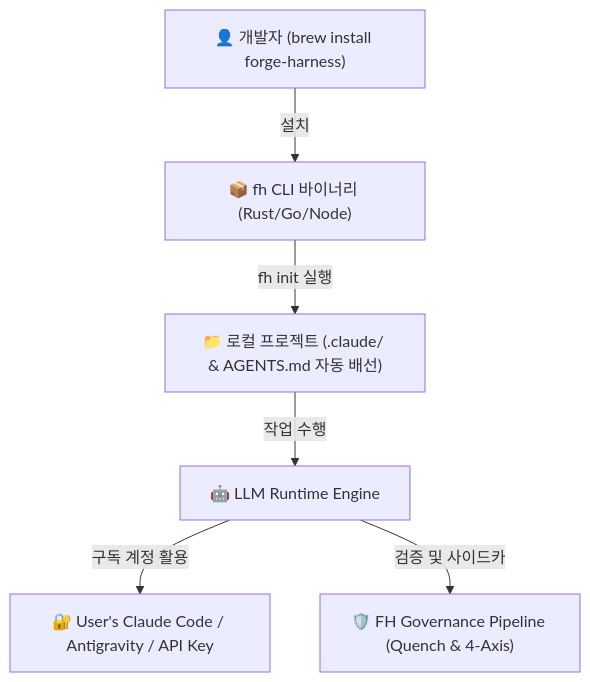
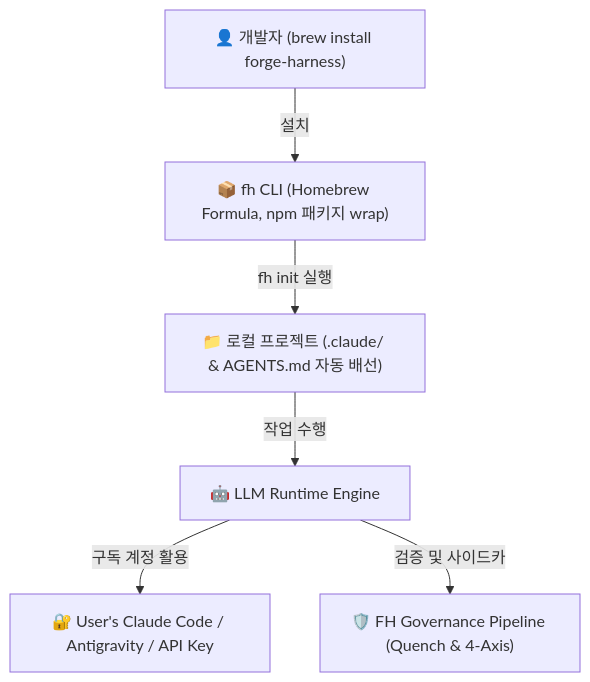
Before and after one commit to chrono-code/forge-harness: the diagram in knowledge/shared/harness-core/fh_global_positioning_and_distribution_roadmap.md, drawn with Mermaid. The commit also changed other lines of this file, not shown here.

````diff
--- a/knowledge/shared/harness-core/fh_global_positioning_and_distribution_roadmap.md
+++ b/knowledge/shared/harness-core/fh_global_positioning_and_distribution_roadmap.md
@@ -74,8 +79,8 @@
 ```mermaid
 graph TD
-    User["👤 개발자 (brew install forge-harness)"] -->|설치| Binary["📦 fh CLI 바이너리 (Rust/Go/Node)"]
+    User["👤 개발자 (brew install forge-harness)"] -->|설치| Binary["📦 fh CLI (Homebrew Formula, npm 패키지 wrap)"]
     Binary -->|fh init 실행| LocalRepo["📁 로컬 프로젝트 (.claude/ & AGENTS.md 자동 배선)"]
     LocalRepo -->|작업 수행| Runner["🤖 LLM Runtime Engine"]
     Runner -->|구독 계정 활용| ClaudeCode["🔐 User's Claude Code / Antigravity / API Key"]
     Runner -->|검증 및 사이드카| FHPipeline["🛡️ FH Governance Pipeline (Quench & 4-Axis)"]
 ```
````
